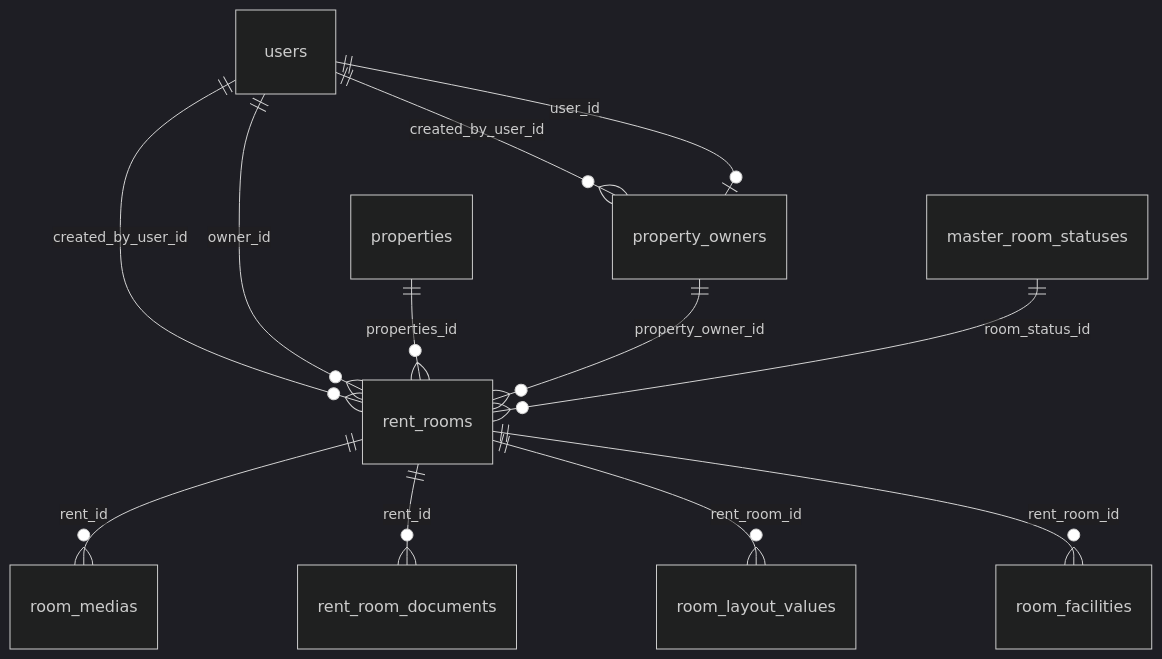
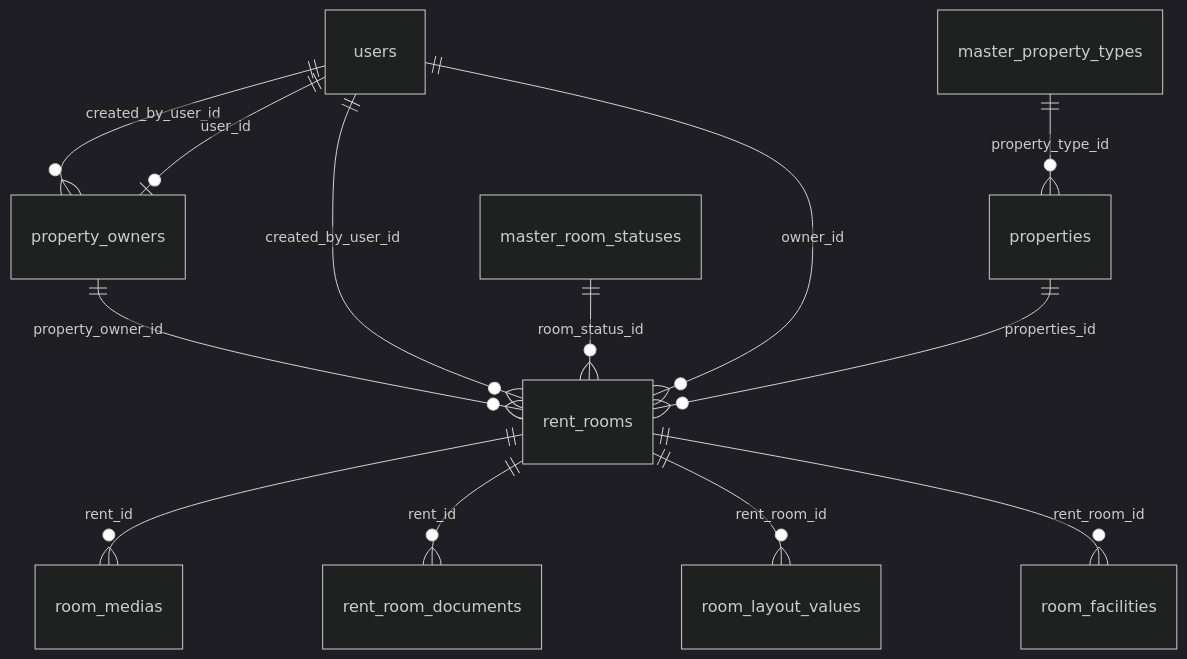
The diagram in docs/new-project/agent/create-room/database.md (JitsamritPT/NESTYK), drawn with Mermaid (dark theme) before and after one commit. The commit also changed 18 other files, not shown here.

````diff
--- a/docs/new-project/agent/create-room/database.md
+++ b/docs/new-project/agent/create-room/database.md
@@ -14,16 +14,17 @@
 ```mermaid
 erDiagram
     users ||--o{ property_owners : created_by_user_id
     users ||--o| property_owners : user_id
     users ||--o{ rent_rooms : created_by_user_id
     users ||--o{ rent_rooms : owner_id
 
     properties ||--o{ rent_rooms : properties_id
+    master_property_types ||--o{ properties : property_type_id
     property_owners ||--o{ rent_rooms : property_owner_id
     master_room_statuses ||--o{ rent_rooms : room_status_id
 
     rent_rooms ||--o{ room_medias : rent_id
     rent_rooms ||--o{ rent_room_documents : rent_id
     rent_rooms ||--o{ room_layout_values : rent_room_id
     rent_rooms ||--o{ room_facilities : rent_room_id
 ```
````
